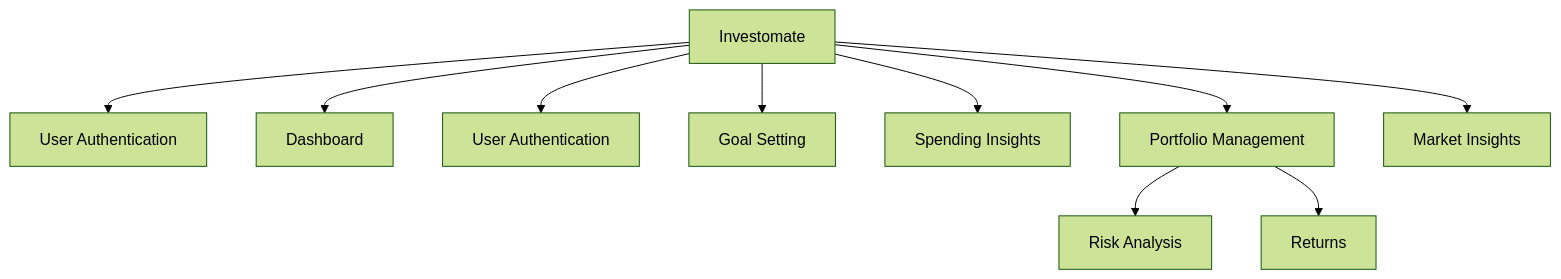
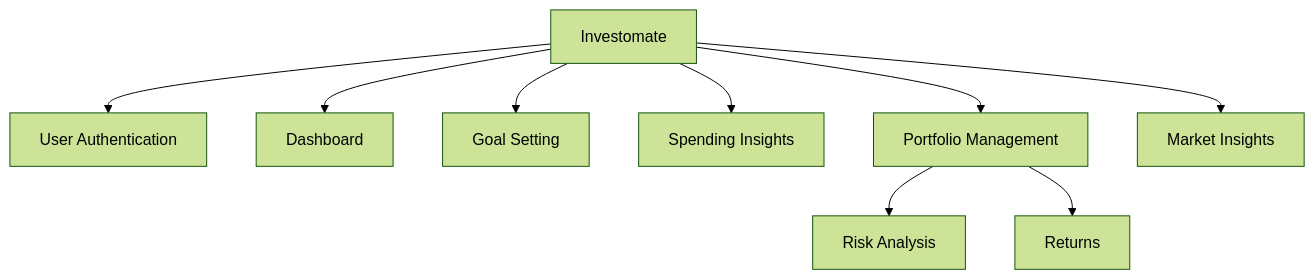
The diagram in readme.md (its-dhanya/Investomate), drawn with Mermaid (forest theme) before and after one commit.

````diff
--- a/readme.md
+++ b/readme.md
@@ -35,12 +35,11 @@
 ```mermaid
 graph TD;
   A[Investomate] --> B[User Authentication];
   A --> C[Dashboard];
-  A --> H[User Authentication];
   A --> I[Goal Setting];
   A --> J[Spending Insights];
   A --> D[Portfolio Management];
   D --> E[Risk Analysis];
   D --> F[Returns];
   A --> G[Market Insights];
 ```
````
